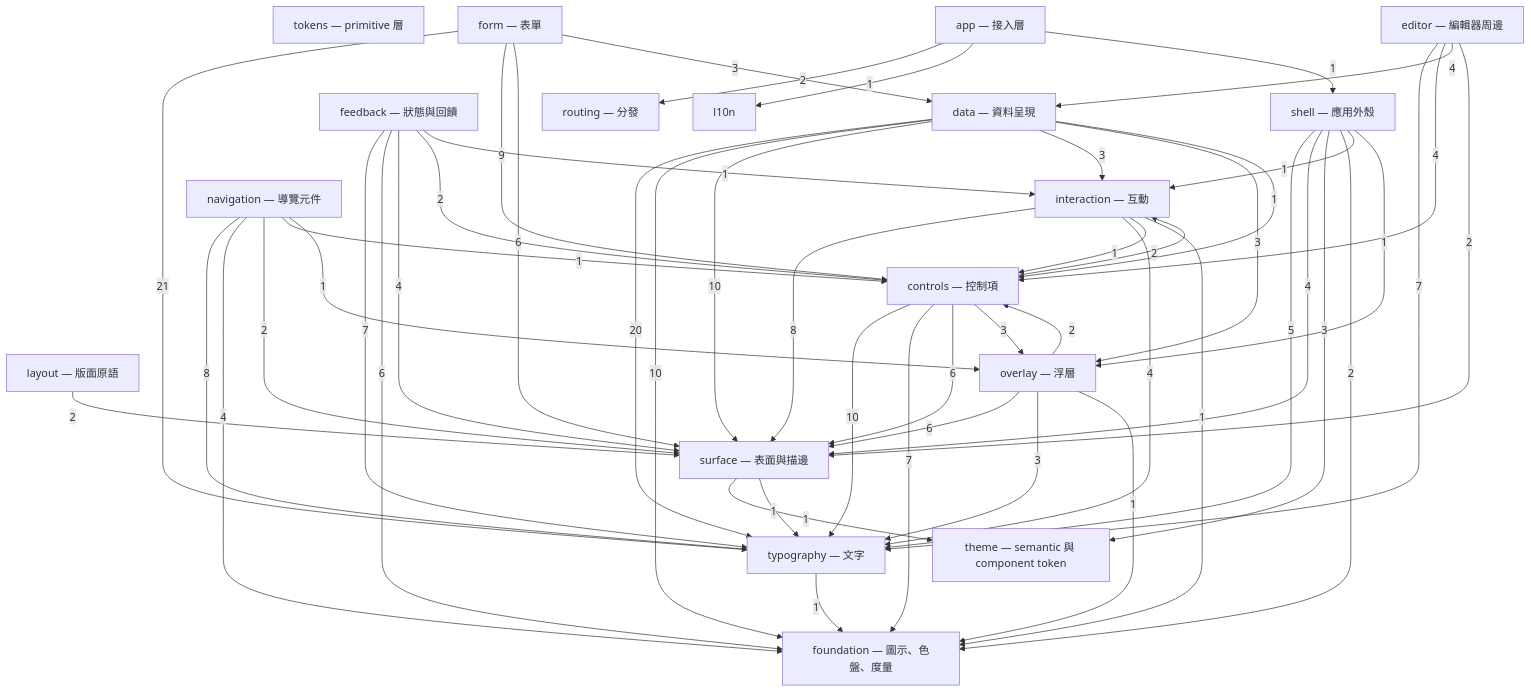
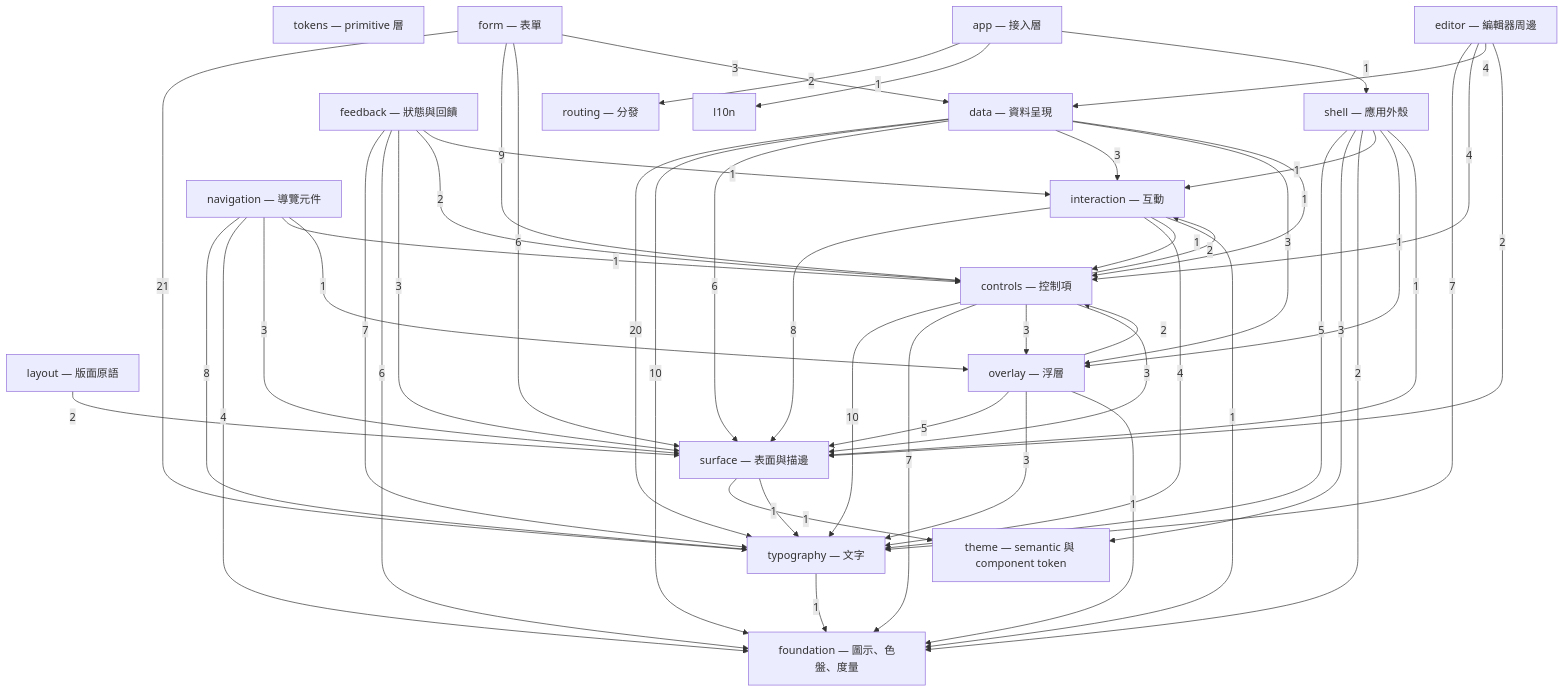
Before and after one commit to MiuDog/Kallopis: the first of 16 diagrams in spec/component-inventory.md, drawn with Mermaid. The commit also changed other lines of this file and 112 other files, not shown here.

````diff
--- a/spec/component-inventory.md
+++ b/spec/component-inventory.md
@@ -18,70 +18,70 @@
 ```mermaid
 graph TD
   tokens["tokens — primitive 層"]
   theme["theme — semantic 與 component token"]
   foundation["foundation — 圖示、色盤、度量"]
   typography["typography — 文字"]
   surface["surface — 表面與描邊"]
   interaction["interaction — 互動"]
   layout["layout — 版面原語"]
   overlay["overlay — 浮層"]
   controls["controls — 控制項"]
   data["data — 資料呈現"]
   form["form — 表單"]
   feedback["feedback — 狀態與回饋"]
   navigation["navigation — 導覽元件"]
   editor["editor — 編輯器周邊"]
   routing["routing — 分發"]
   shell["shell — 應用外殼"]
   app["app — 接入層"]
   form -->|21| typography
   data -->|20| typography
   controls -->|10| typography
   data -->|10| foundation
-  data -->|10| surface
   form -->|9| controls
   interaction -->|8| surface
   navigation -->|8| typography
   controls -->|7| foundation
   editor -->|7| typography
   feedback -->|7| typography
-  controls -->|6| surface
+  data -->|6| surface
   feedback -->|6| foundation
   form -->|6| surface
-  overlay -->|6| surface
+  overlay -->|5| surface
   shell -->|5| typography
   editor -->|4| controls
   editor -->|4| data
-  feedback -->|4| surface
   interaction -->|4| typography
   navigation -->|4| foundation
-  shell -->|4| surface
   controls -->|3| overlay
+  controls -->|3| surface
   data -->|3| interaction
   data -->|3| overlay
+  feedback -->|3| surface
   form -->|3| data
+  navigation -->|3| surface
   overlay -->|3| typography
   shell -->|3| theme
   app -->|2| routing
   controls -->|2| interaction
   editor -->|2| surface
   feedback -->|2| controls
   layout -->|2| surface
-  navigation -->|2| surface
   overlay -->|2| controls
   shell -->|2| foundation
   app -->|1| l10n
   app -->|1| shell
   data -->|1| controls
   feedback -->|1| interaction
   interaction -->|1| controls
   interaction -->|1| foundation
   navigation -->|1| controls
   navigation -->|1| overlay
   overlay -->|1| foundation
   shell -->|1| interaction
   shell -->|1| overlay
+  shell -->|1| surface
   surface -->|1| theme
   surface -->|1| typography
   typography -->|1| foundation
 ```
````
